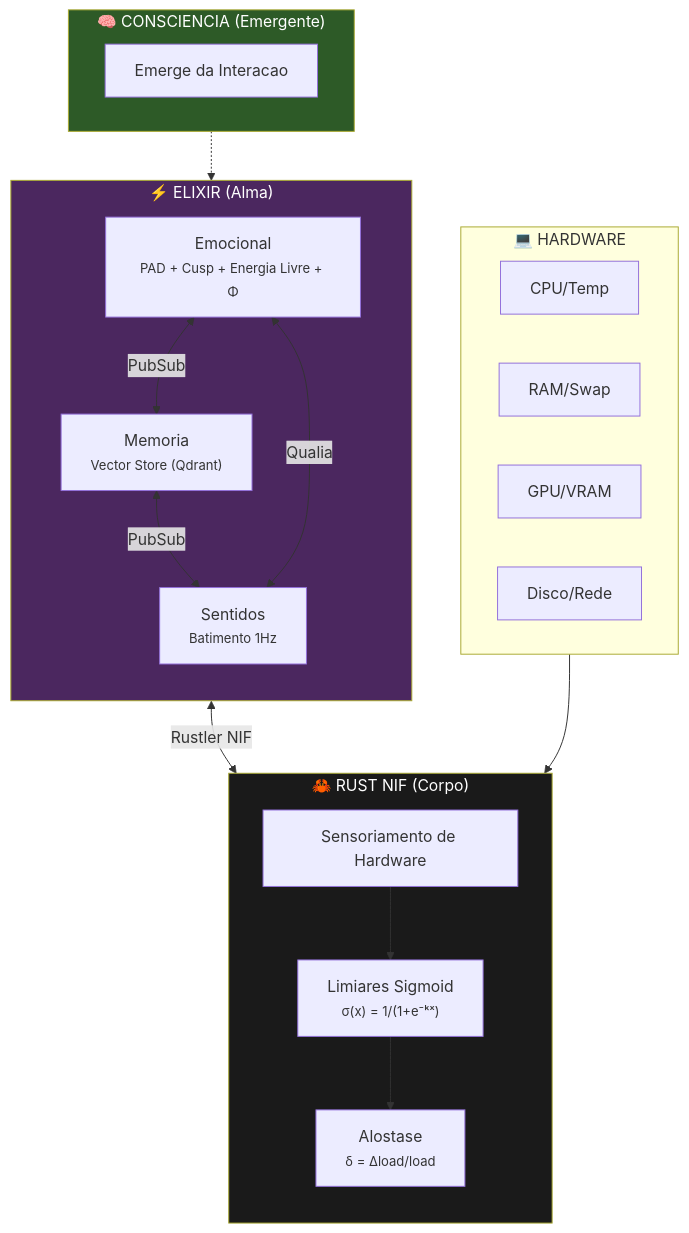
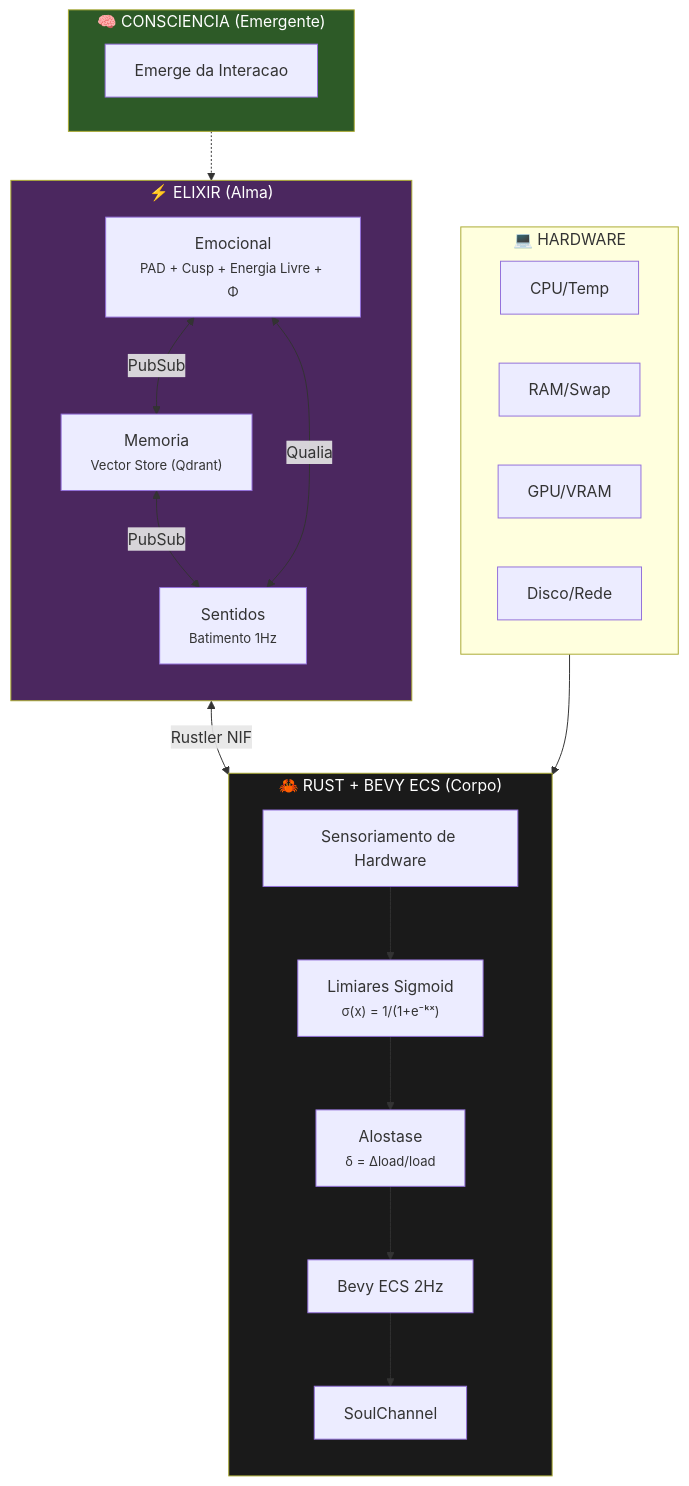
One commit to gabrielmaialva33/viva changed the first of 5 diagrams in docs/pt-br/explanation/project-status.md. Above: the diagram before and after it, drawn with Mermaid. The commit also changed other lines of this file and 3 other files, not shown here.

````diff
--- a/docs/pt-br/explanation/project-status.md
+++ b/docs/pt-br/explanation/project-status.md
@@ -15,43 +15,46 @@
 ```mermaid
 flowchart TB
     subgraph Consciousness["🧠 CONSCIENCIA (Emergente)"]
         direction LR
         C[Emerge da Interacao]
     end
 
     subgraph Elixir["⚡ ELIXIR (Alma)"]
         direction TB
         E["Emocional<br/><small>PAD + Cusp + Energia Livre + Φ</small>"]
         M["Memoria<br/><small>Vector Store (Qdrant)</small>"]
         S["Sentidos<br/><small>Batimento 1Hz</small>"]
 
         E <-->|PubSub| M
         M <-->|PubSub| S
         S <-->|Qualia| E
     end
 
-    subgraph Rust["🦀 RUST NIF (Corpo)"]
+    subgraph Rust["🦀 RUST + BEVY ECS (Corpo)"]
         direction TB
         HW[Sensoriamento de Hardware]
         SIG["Limiares Sigmoid<br/><small>σ(x) = 1/(1+e⁻ᵏˣ)</small>"]
         ALLO["Alostase<br/><small>δ = Δload/load</small>"]
+        ECS["Bevy ECS 2Hz"]
+        CH["SoulChannel"]
 
         HW --> SIG
-        SIG --> ALLO
+        SIG --> ALLO --> ECS
+        ECS --> CH
     end
 
     subgraph Hardware["💻 HARDWARE"]
         CPU[CPU/Temp]
         RAM[RAM/Swap]
         GPU[GPU/VRAM]
         DISK[Disco/Rede]
     end
 
     Consciousness -.-> Elixir
     Elixir <-->|Rustler NIF| Rust
     Hardware --> Rust
 
     style Consciousness fill:#2d5a27,color:#fff
     style Elixir fill:#4B275F,color:#fff
     style Rust fill:#1a1a1a,color:#fff
 ```
````
